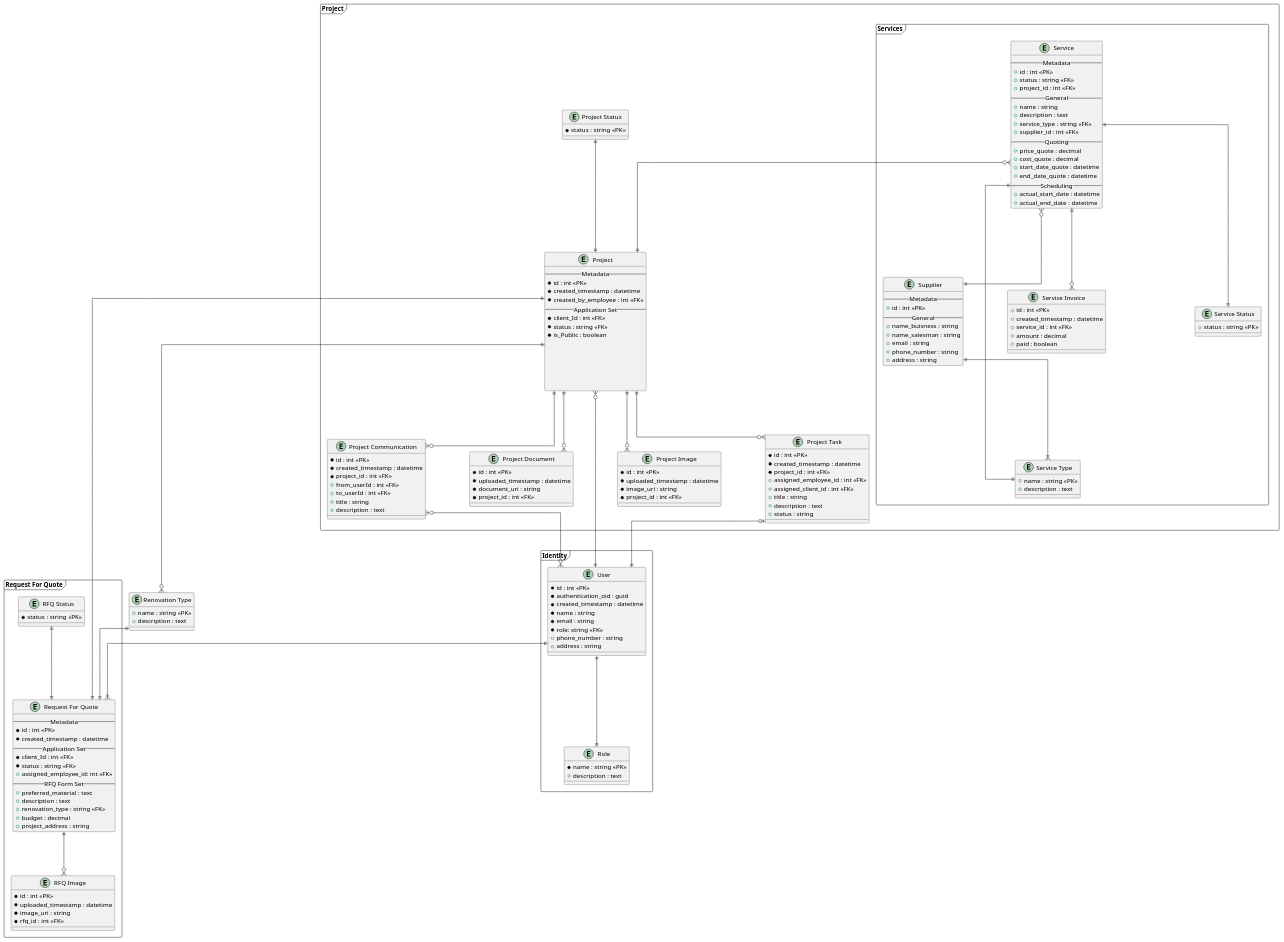
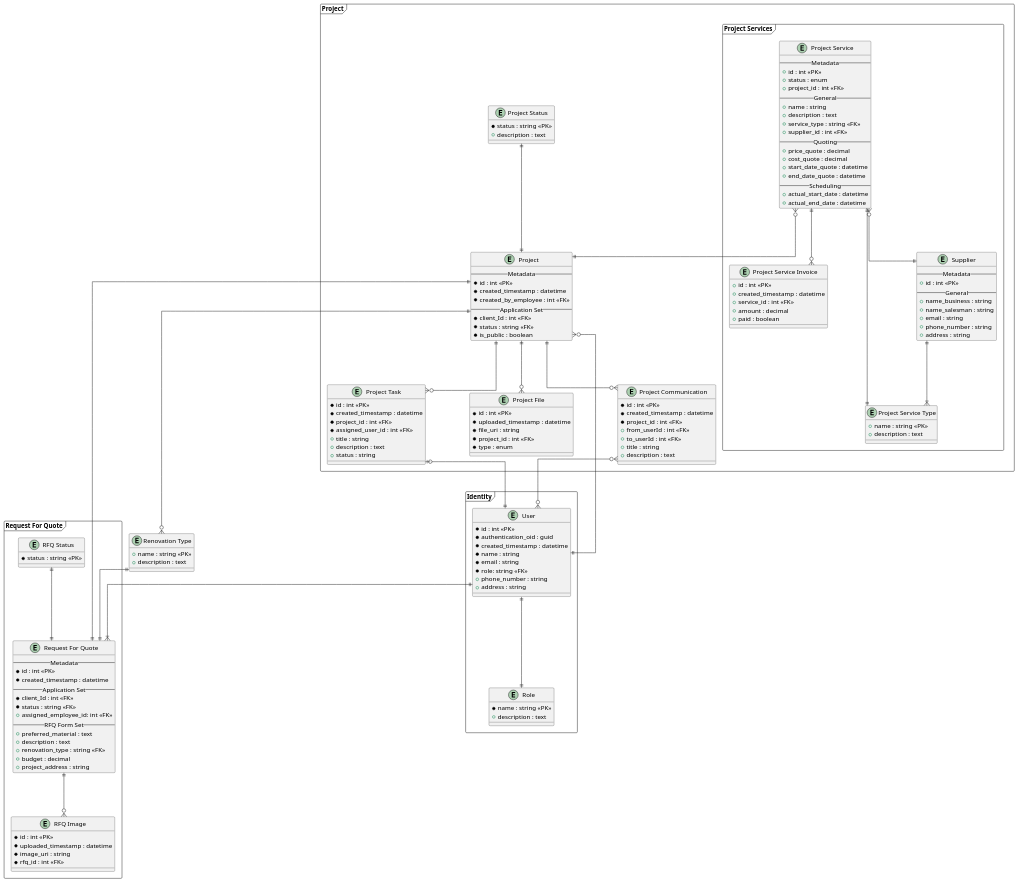
One commit to Web-Development-UAlberta/exsm-3951-exsm-3943-spring-2025-python-c-project-construction-project-team changed the diagram in docs/ERD/ERD.plantuml. Above: the diagram before and after it, drawn with PlantUML. The commit also changed 1 other file, not shown here.

Commit message:
Update ERD with revisions;

```diff
--- a/docs/ERD/ERD.plantuml
+++ b/docs/ERD/ERD.plantuml
@@ -66,10 +66,6 @@
 } 
 
 package "Project" <<frame>> {
-    entity "Project Status" as ProjectStatus {
-    *status : string <<PK>>
-    }
-
     entity "Project" as Project {
     -- Metadata --
     *id : int <<PK>> 
@@ -78,26 +74,22 @@
     -- Application Set --
     *client_Id : int <<FK>>
     *status : string <<FK>>
-    *is_Public : boolean
+    *is_public : boolean
+    }
 
-
-
-
-
-
+    entity "Project Status" as ProjectStatus {
+        *status : string <<PK>>
+        +description : text
     }
-    package "Services" <<frame>> {
-        entity "Service Type" as ServiceType {
+    package "Project Services" <<frame>> {
+        entity "Project Service Type" as ProjectServiceType {
             +name : string <<PK>>
             +description : text
         }
-        entity "Service Status" as ServiceStatus {
-            +status : string <<PK>>
-        }
-        entity "Service" as Service {
+        entity "Project Service" as ProjectService {
             -- Metadata --
             +id : int <<PK>>
-            +status : string <<FK>>
+            +status : enum
             +project_id : int <<FK>>
             -- General --
             +name : string
@@ -117,14 +109,14 @@
             -- Metadata --
             +id : int <<PK>>
             -- General --
-            +name_buisness : string
+            +name_business : string
             +name_salesman : string
             +email : string
             +phone_number : string
             +address : string
         }
 
-        entity "Service Invoice" as ServiceInvoice {
+        entity "Project Service Invoice" as ProjectServiceInvoice {
             +id : int <<PK>>
             +created_timestamp : datetime
             +service_id : int <<FK>>
@@ -132,27 +124,18 @@
             +paid : boolean
         }
 
-        Service ||--o{ ServiceInvoice        
-        Service ||--|| ServiceType
-        Service ||--|| ServiceStatus
-        Service }o--|| Supplier
-        Supplier ||--|{ ServiceType
+        ProjectService ||--o{ ProjectServiceInvoice        
+        ProjectService ||--|| ProjectServiceType
+        ProjectService }o--|| Supplier
+        Supplier ||--|{ ProjectServiceType
 
-    }
-
-    entity "Project Image" as ProjectImage {
-        *id : int <<PK>>
-        *uploaded_timestamp : datetime
-        *image_uri : string
-        *project_id : int <<FK>>
     }
 
     entity "Project Task" as ProjectTask {
         *id : int <<PK>>
         *created_timestamp : datetime
         *project_id : int <<FK>>
-        +assigned_employee_id : int <<FK>>
-        +assigned_client_id : int <<FK>>
+        *assigned_user_id : int <<FK>>
         +title : string
         +description : text
         +status : string
@@ -168,24 +151,24 @@
         +description : text
     }
 
-    entity "Project Document" as ProjectDocument {
+    entity "Project File" as ProjectFile {
         *id : int <<PK>>
         *uploaded_timestamp : datetime
-        *document_uri : string
+        *file_uri : string
         *project_id : int <<FK>>
+        *type : enum
     }
 
     Project ||--o{ ProjectCommunication
     ProjectCommunication }o--o{ User
     Project ||--o{ ProjectTask
     ProjectTask |o--|| User
-    Project||--o{ ProjectDocument
-    Project||--o{ ProjectImage
-    ProjectStatus ||--|| Project
+    Project||--o{ ProjectFile
     User ||--o{ Project
     Project ||--|| RFQ
-    Service }o--|| Project
+    ProjectService }o--|| Project
     Project ||--o{ RenovationType
+    ProjectStatus ||--|| Project
 }
 
 
```
